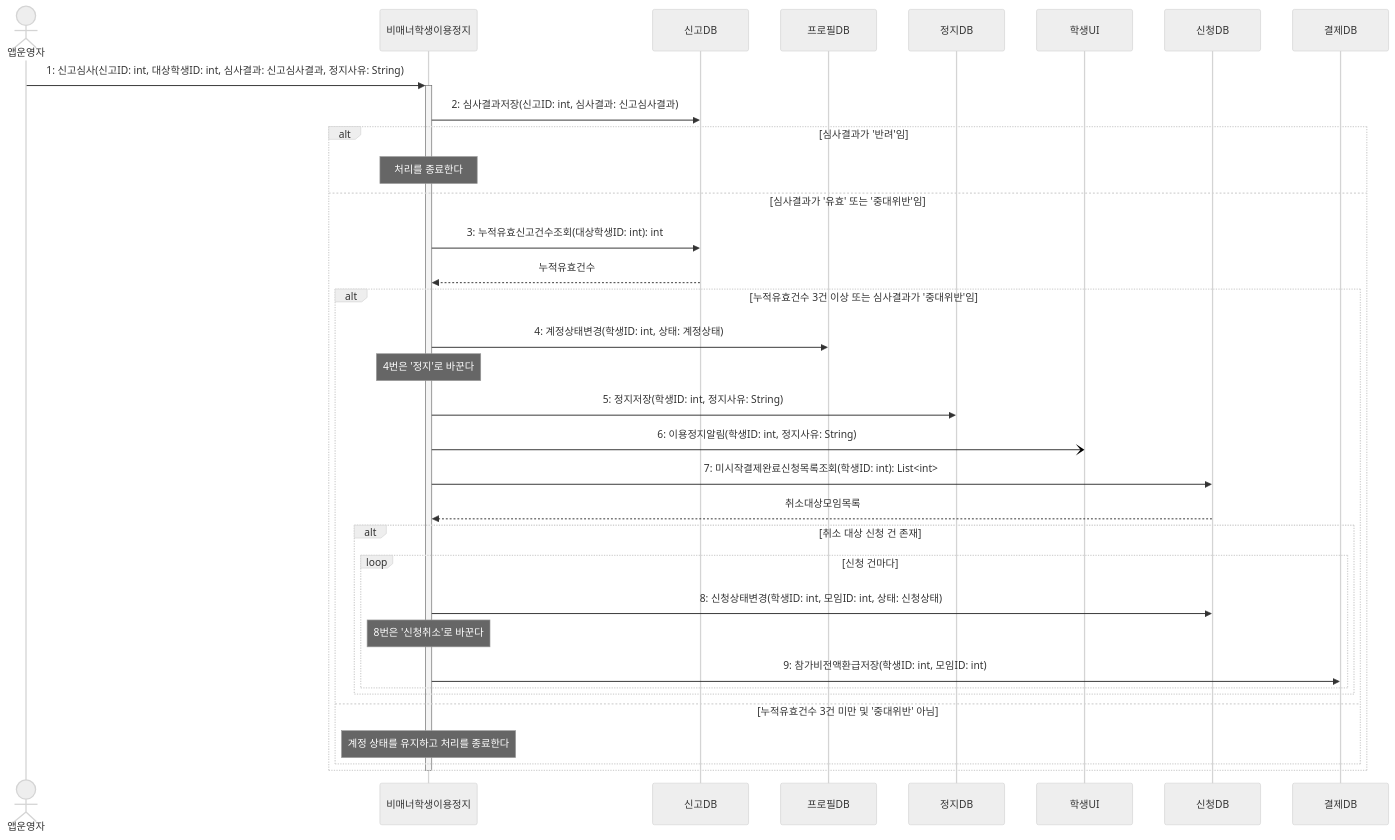
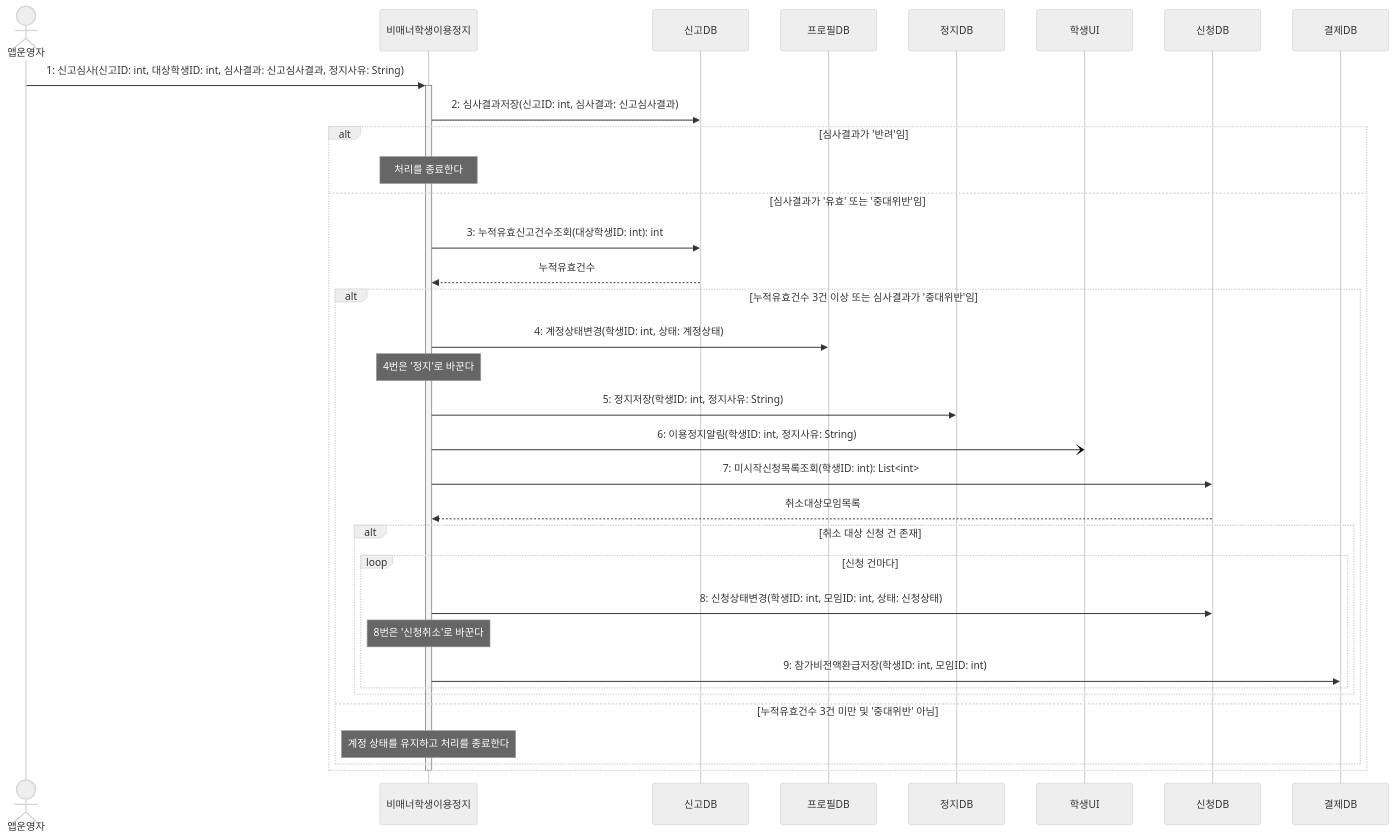
The diagram in sequence/seq-13.md (hojae3/sw-engineering-16), drawn with Mermaid (neutral theme) before and after one commit. The commit also changed other lines of this file and 11 other files, not shown here.

````diff
--- a/sequence/seq-13.md
+++ b/sequence/seq-13.md
@@ -27,41 +28,41 @@
 ```mermaid
 sequenceDiagram
     actor 앱운영자
     participant 정지 as 비매너학생이용정지
     participant 신고DB as 신고DB
     participant 프로필DB as 프로필DB
     participant 정지DB as 정지DB
     participant 학생UI as 학생UI
     participant 신청DB as 신청DB
     participant 결제DB as 결제DB
 
     앱운영자->>+정지: 1: 신고심사(신고ID: int, 대상학생ID: int, 심사결과: 신고심사결과, 정지사유: String)
     정지->>신고DB: 2: 심사결과저장(신고ID: int, 심사결과: 신고심사결과)
 
     alt 심사결과가 '반려'임
         Note over 정지: 처리를 종료한다
     else 심사결과가 '유효' 또는 '중대위반'임
         정지->>신고DB: 3: 누적유효신고건수조회(대상학생ID: int): int
         신고DB-->>정지: 누적유효건수
 
         alt 누적유효건수 3건 이상 또는 심사결과가 '중대위반'임
             정지->>프로필DB: 4: 계정상태변경(학생ID: int, 상태: 계정상태)
             Note over 정지: 4번은 '정지'로 바꾼다
             정지->>정지DB: 5: 정지저장(학생ID: int, 정지사유: String)
             정지-)학생UI: 6: 이용정지알림(학생ID: int, 정지사유: String)
-            정지->>신청DB: 7: 미시작결제완료신청목록조회(학생ID: int): List<int>
+            정지->>신청DB: 7: 미시작신청목록조회(학생ID: int): List<int>
             신청DB-->>정지: 취소대상모임목록
 
             alt 취소 대상 신청 건 존재
                 loop 신청 건마다
                     정지->>신청DB: 8: 신청상태변경(학생ID: int, 모임ID: int, 상태: 신청상태)
                     Note over 정지: 8번은 '신청취소'로 바꾼다
                     정지->>결제DB: 9: 참가비전액환급저장(학생ID: int, 모임ID: int)
                 end
             end
         else 누적유효건수 3건 미만 및 '중대위반' 아님
             Note over 정지: 계정 상태를 유지하고 처리를 종료한다
         end
     end
     deactivate 정지
 ```
````
